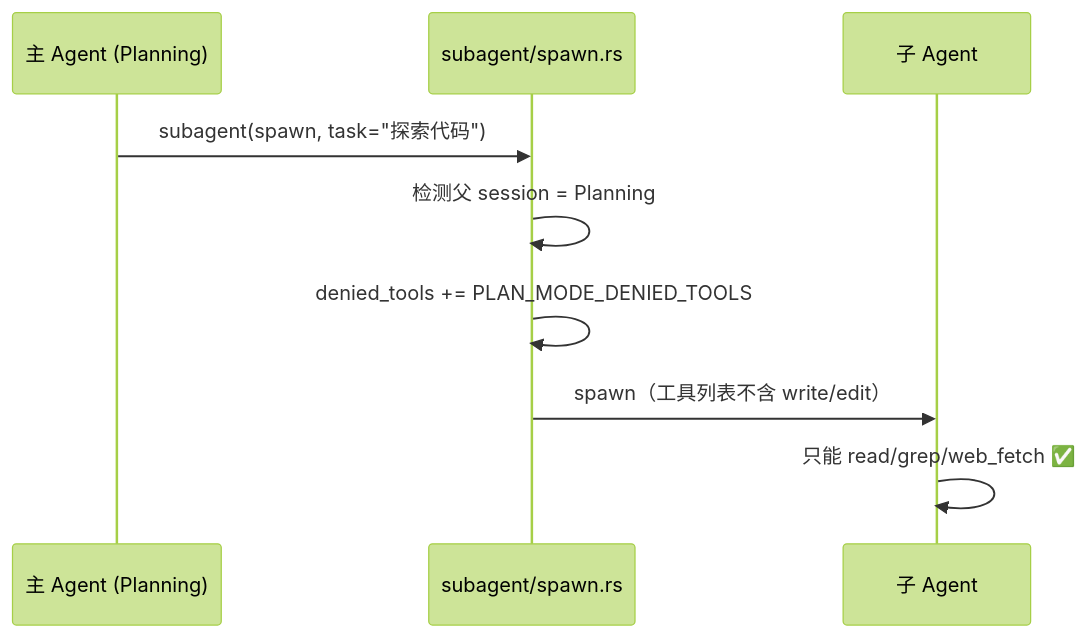
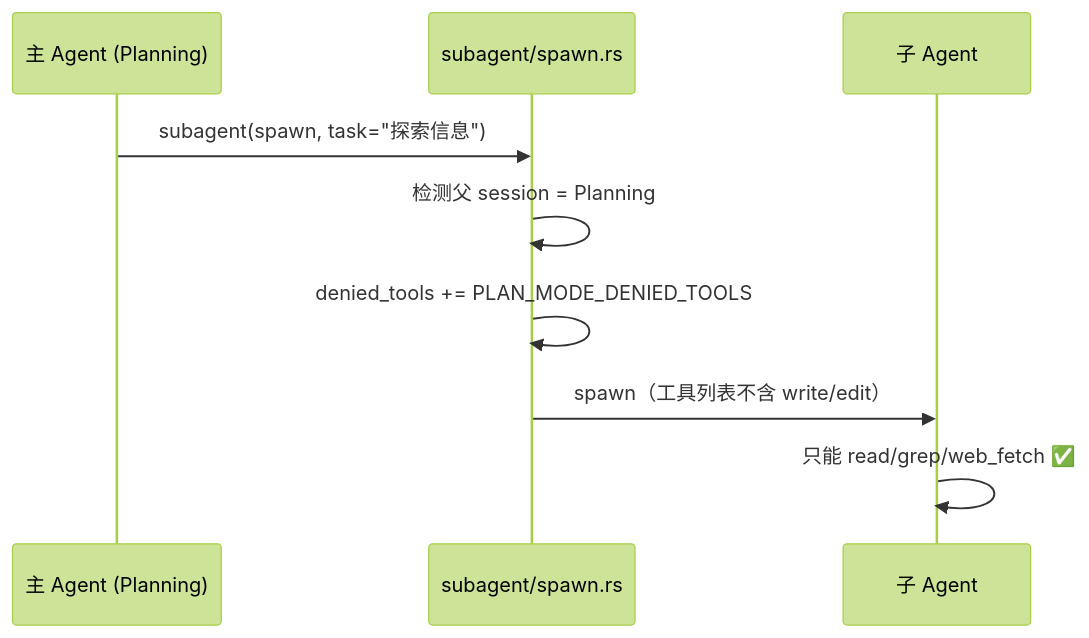
One commit to shiwenwen/hope-agent changed diagram 16 of 16 in docs/architecture/plan-mode.md. Above: the diagram before and after it, drawn with Mermaid (forest theme). The commit also changed other lines of this file and 12 other files, not shown here.

````diff
--- a/docs/architecture/plan-mode.md
+++ b/docs/architecture/plan-mode.md
@@ -1022,12 +1010,12 @@
 ```mermaid
 sequenceDiagram
     participant Main as 主 Agent (Planning)
     participant Spawn as subagent/spawn.rs
     participant Sub as 子 Agent
 
-    Main->>Spawn: subagent(spawn, task="探索代码")
+    Main->>Spawn: subagent(spawn, task="探索信息")
     Spawn->>Spawn: 检测父 session = Planning
     Spawn->>Spawn: denied_tools += PLAN_MODE_DENIED_TOOLS
     Spawn->>Sub: spawn（工具列表不含 write/edit）
     Sub->>Sub: 只能 read/grep/web_fetch ✅
 ```
````
